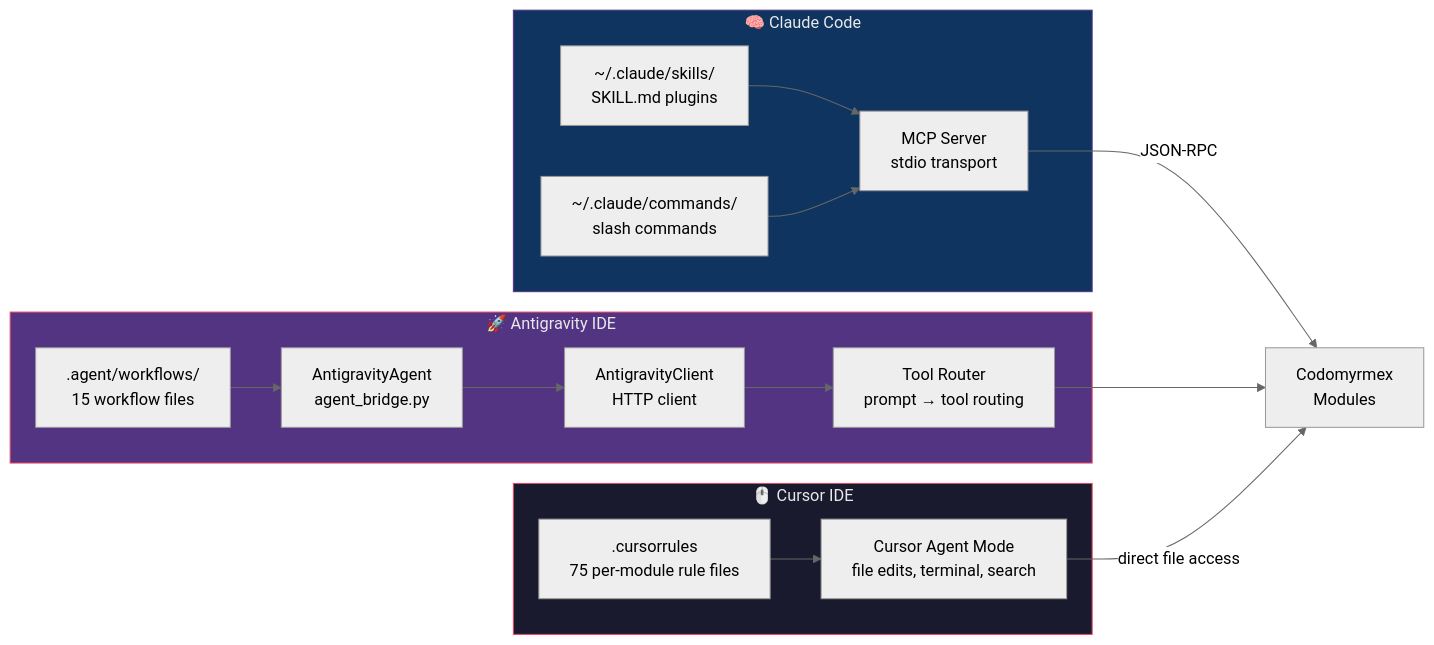
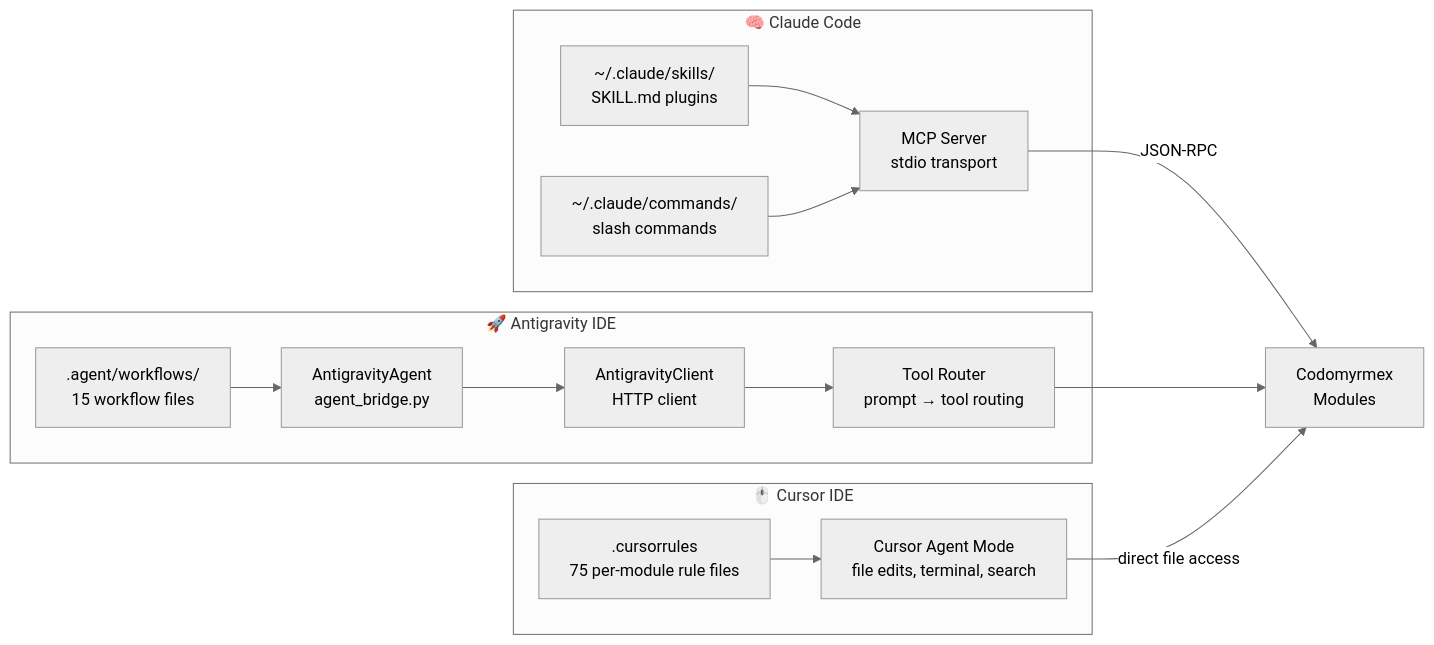
One commit to docxology/codomyrmex changed the second of 11 diagrams in docs/getting-started/GETTING_STARTED_WITH_AGENTS.md. Above: the diagram before and after it, drawn with Mermaid (neutral theme). The commit also changed other lines of this file and 86 other files, not shown here.

````diff
--- a/docs/getting-started/GETTING_STARTED_WITH_AGENTS.md
+++ b/docs/getting-started/GETTING_STARTED_WITH_AGENTS.md
@@ -85,34 +79,30 @@
 ```mermaid
 graph LR
     subgraph Cursor["🖱️ Cursor IDE"]
         CR_RULES[".cursorrules<br/>75 per-module rule files"]
         CR_AGENT["Cursor Agent Mode<br/>file edits, terminal, search"]
     end
 
     subgraph Antigravity["🚀 Antigravity IDE"]
         AG_WORKFLOWS[".agent/workflows/<br/>15 workflow files"]
         AG_BRIDGE["AntigravityAgent<br/>agent_bridge.py"]
         AG_CLIENT["AntigravityClient<br/>HTTP client"]
         AG_ROUTER["Tool Router<br/>prompt → tool routing"]
     end
 
     subgraph ClaudeCode["🧠 Claude Code"]
         CC_SKILLS["~/.claude/skills/<br/>SKILL.md plugins"]
         CC_COMMANDS["~/.claude/commands/<br/>slash commands"]
         CC_MCP["MCP Server<br/>stdio transport"]
     end
 
     CR_RULES --> CR_AGENT
     AG_WORKFLOWS --> AG_BRIDGE
     AG_BRIDGE --> AG_CLIENT
     AG_CLIENT --> AG_ROUTER
     CC_SKILLS --> CC_MCP
     CC_COMMANDS --> CC_MCP
     CC_MCP --> |"JSON-RPC"| CDM["Codomyrmex<br/>Modules"]
     AG_ROUTER --> CDM
     CR_AGENT --> |"direct file access"| CDM
-
-    style Cursor fill:#1a1a2e,stroke:#e94560,color:#e8e8e8
-    style Antigravity fill:#533483,stroke:#e94560,color:#e8e8e8
-    style ClaudeCode fill:#0f3460,stroke:#533483,color:#e8e8e8
 ```
````
